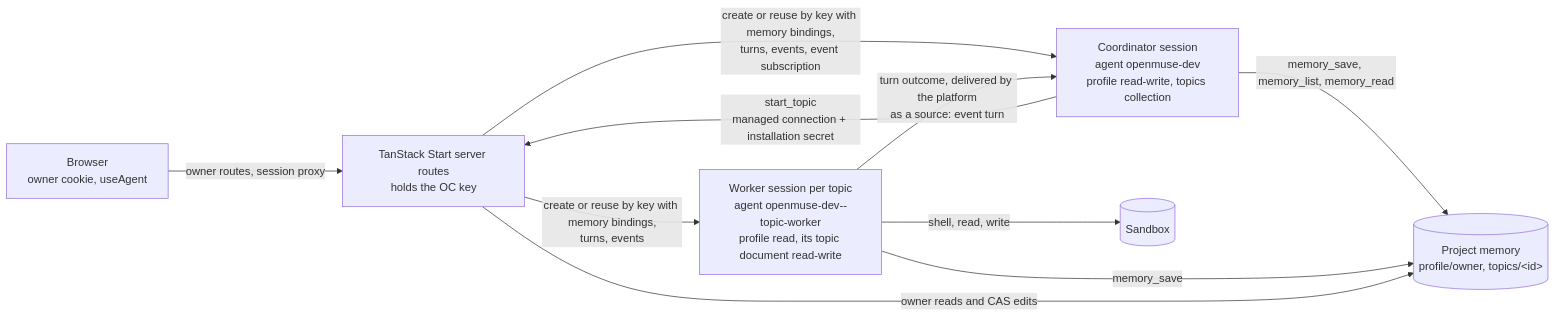
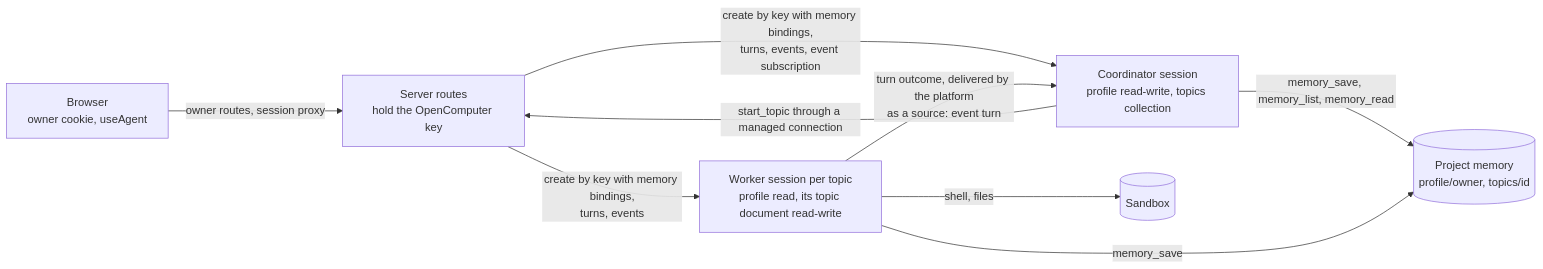
One commit to diggerhq/openmuse changed the diagram in README.md. Above: the diagram before and after it, drawn with Mermaid. The commit also changed other lines of this file and 2 other files, not shown here.

````diff
--- a/README.md
+++ b/README.md
@@ -14,12 +49,11 @@
 ```mermaid
 flowchart LR
-  B[Browser<br/>owner cookie, useAgent] -->|owner routes, session proxy| A[TanStack Start server routes<br/>holds the OC key]
-  A -->|create or reuse by key with memory bindings,<br/>turns, events, event subscription| C[Coordinator session<br/>agent openmuse-dev<br/>profile read-write, topics collection]
-  A -->|create or reuse by key with memory bindings,<br/>turns, events| W[Worker session per topic<br/>agent openmuse-dev--topic-worker<br/>profile read, its topic document read-write]
-  C -->|start_topic<br/>managed connection + installation secret| A
-  C -->|memory_save, memory_list, memory_read| M[(Project memory<br/>profile/owner, topics/&lt;id&gt;)]
+  B[Browser<br/>owner cookie, useAgent] -->|owner routes, session proxy| A[Server routes<br/>hold the OpenComputer key]
+  A -->|create by key with memory bindings,<br/>turns, events, event subscription| C[Coordinator session<br/>profile read-write, topics collection]
+  A -->|create by key with memory bindings,<br/>turns, events| W[Worker session per topic<br/>profile read, its topic document read-write]
+  C -->|start_topic through a managed connection| A
+  C -->|memory_save, memory_list, memory_read| M[(Project memory<br/>profile/owner, topics/id)]
   W -->|memory_save| M
-  W -->|shell, read, write| S[(Sandbox)]
-  A -->|owner reads and CAS edits| M
+  W -->|shell, files| S[(Sandbox)]
   W -->|turn outcome, delivered by the platform<br/>as a source: event turn| C
 ```
````
